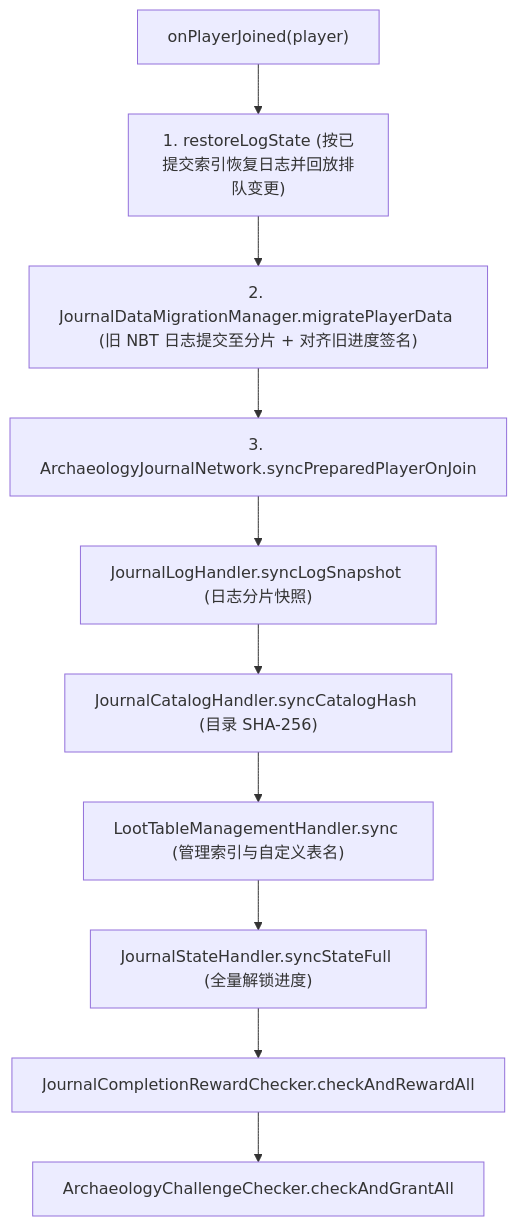
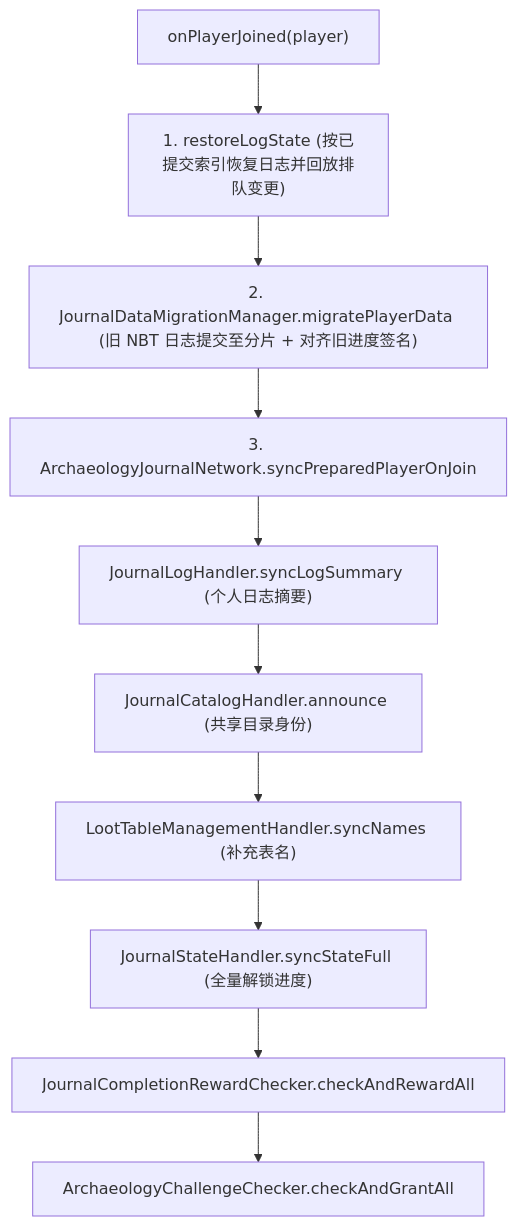
One commit to meteoritel/unsuspicious-block changed the fifth of 5 diagrams in docs/dev/subsystems/journal.md. Above: the diagram before and after it, drawn with Mermaid. The commit also changed other lines of this file and 78 other files, not shown here.

````diff
--- a/docs/dev/subsystems/journal.md
+++ b/docs/dev/subsystems/journal.md
@@ -138,12 +138,12 @@
 ```mermaid
 flowchart TD
     Join["onPlayerJoined(player)"] --> Restore["1. restoreLogState (按已提交索引恢复日志并回放排队变更)"]
     Restore --> Migrate["2. JournalDataMigrationManager.migratePlayerData (旧 NBT 日志提交至分片 + 对齐旧进度签名)"]
     Migrate --> Net["3. ArchaeologyJournalNetwork.syncPreparedPlayerOnJoin"]
-    Net --> S1["JournalLogHandler.syncLogSnapshot (日志分片快照)"]
-    S1 --> S2["JournalCatalogHandler.syncCatalogHash (目录 SHA-256)"]
-    S2 --> S3["LootTableManagementHandler.sync (管理索引与自定义表名)"]
+    Net --> S1["JournalLogHandler.syncLogSummary (个人日志摘要)"]
+    S1 --> S2["JournalCatalogHandler.announce (共享目录身份)"]
+    S2 --> S3["LootTableManagementHandler.syncNames (补充表名)"]
     S3 --> S4["JournalStateHandler.syncStateFull (全量解锁进度)"]
     S4 --> S5["JournalCompletionRewardChecker.checkAndRewardAll"]
     S5 --> S6["ArchaeologyChallengeChecker.checkAndGrantAll"]
 ```
````
